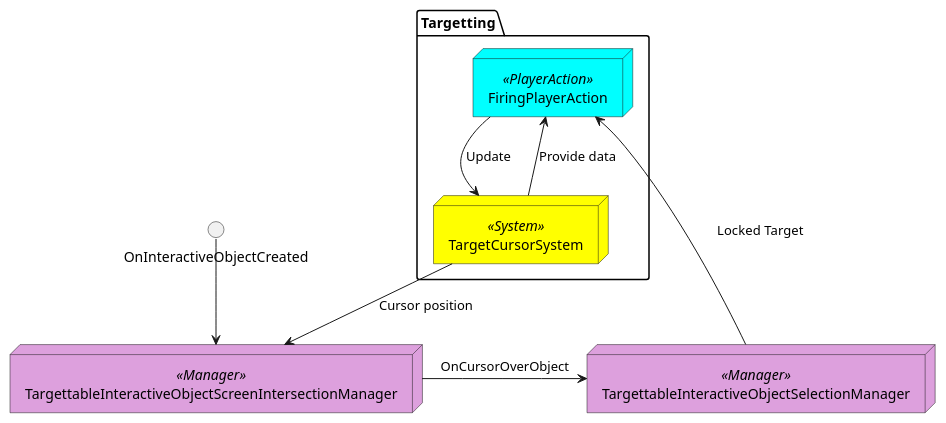
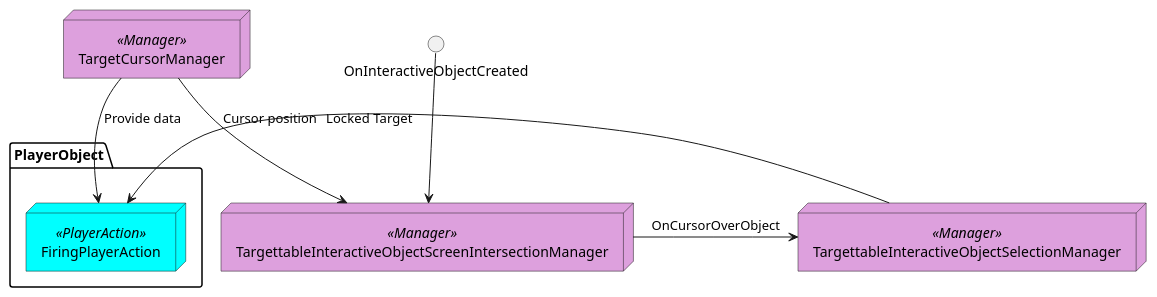
Before and after one commit to ldalzotto/ProjectUndefined-Prototype: the diagram in Assets/Undefined/Logic/Targetting/Targetting.md, drawn with PlantUML. The commit also changed other lines of this file and 5 other files, not shown here.

Commit message:
REFACTOR - Moved TargetCursor movement into a manager that is always updated

`````diff
--- a/Assets/Undefined/Logic/Targetting/Targetting.md
+++ b/Assets/Undefined/Logic/Targetting/Targetting.md
@@ -14,27 +20,26 @@
 ````puml
 @startuml
 skinparam node {
     backgroundColor<<InteractiveObject>> orange
     backgroundColor<<System>> yellow
     backgroundColor<<PlayerAction>> cyan
     backgroundColor<<Manager>> plum
 }
 
-package Targetting {
+package PlayerObject {
     node FiringPlayerAction <<PlayerAction>>
-    node TargetCursorSystem <<System>>
 }
 
-    node TargettableInteractiveObjectScreenIntersectionManager <<Manager>>
+node TargetCursorManager <<Manager>>
+node TargettableInteractiveObjectScreenIntersectionManager <<Manager>>
 node TargettableInteractiveObjectSelectionManager <<Manager>>
 interface OnInteractiveObjectCreated
 
-FiringPlayerAction --> TargetCursorSystem : Update
-TargetCursorSystem --> FiringPlayerAction : Provide data
+TargetCursorManager -> FiringPlayerAction : Provide data
 
-OnInteractiveObjectCreated --> TargettableInteractiveObjectScreenIntersectionManager
-TargetCursorSystem --> TargettableInteractiveObjectScreenIntersectionManager : Cursor position
+OnInteractiveObjectCreated -down-> TargettableInteractiveObjectScreenIntersectionManager
+TargetCursorManager -down-> TargettableInteractiveObjectScreenIntersectionManager : Cursor position
 TargettableInteractiveObjectScreenIntersectionManager -> TargettableInteractiveObjectSelectionManager : OnCursorOverObject
-TargettableInteractiveObjectSelectionManager --> FiringPlayerAction : Locked Target
+TargettableInteractiveObjectSelectionManager -> FiringPlayerAction : Locked Target
 @enduml
 ````
`````
